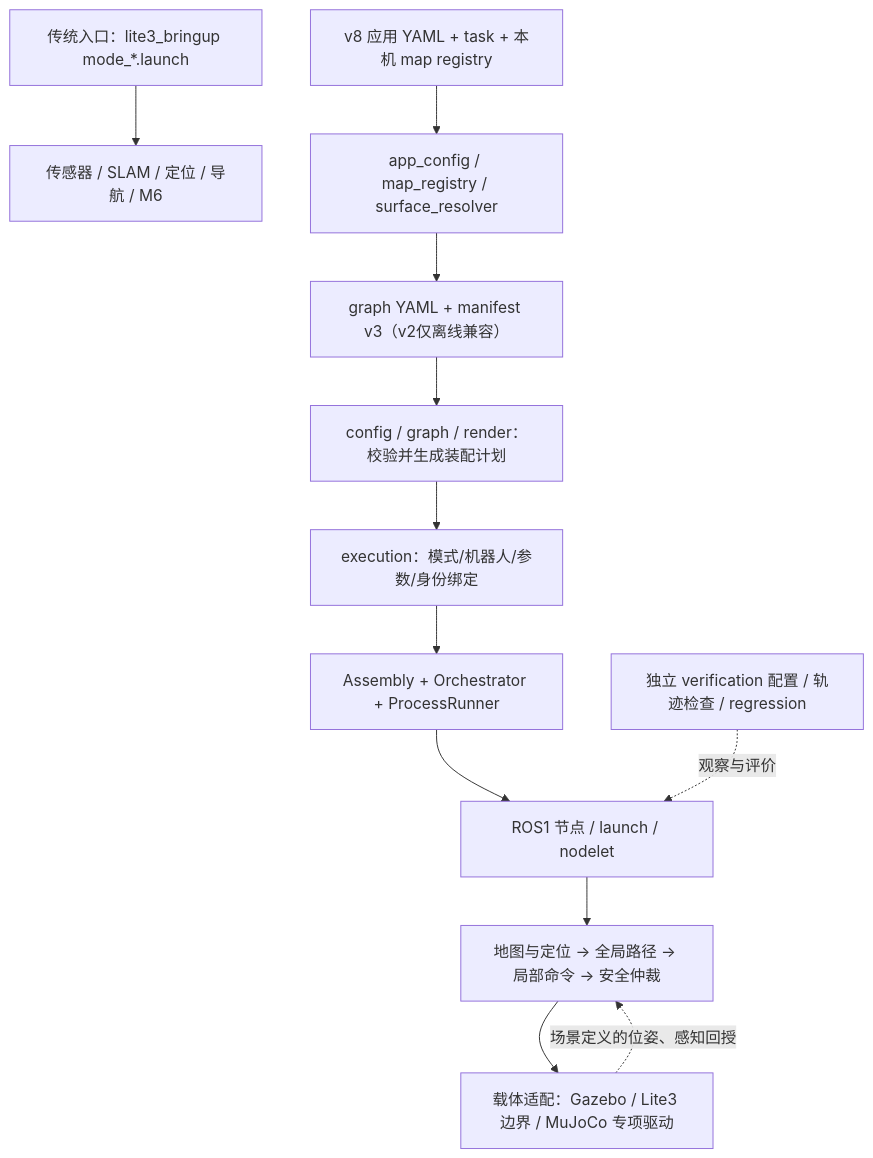
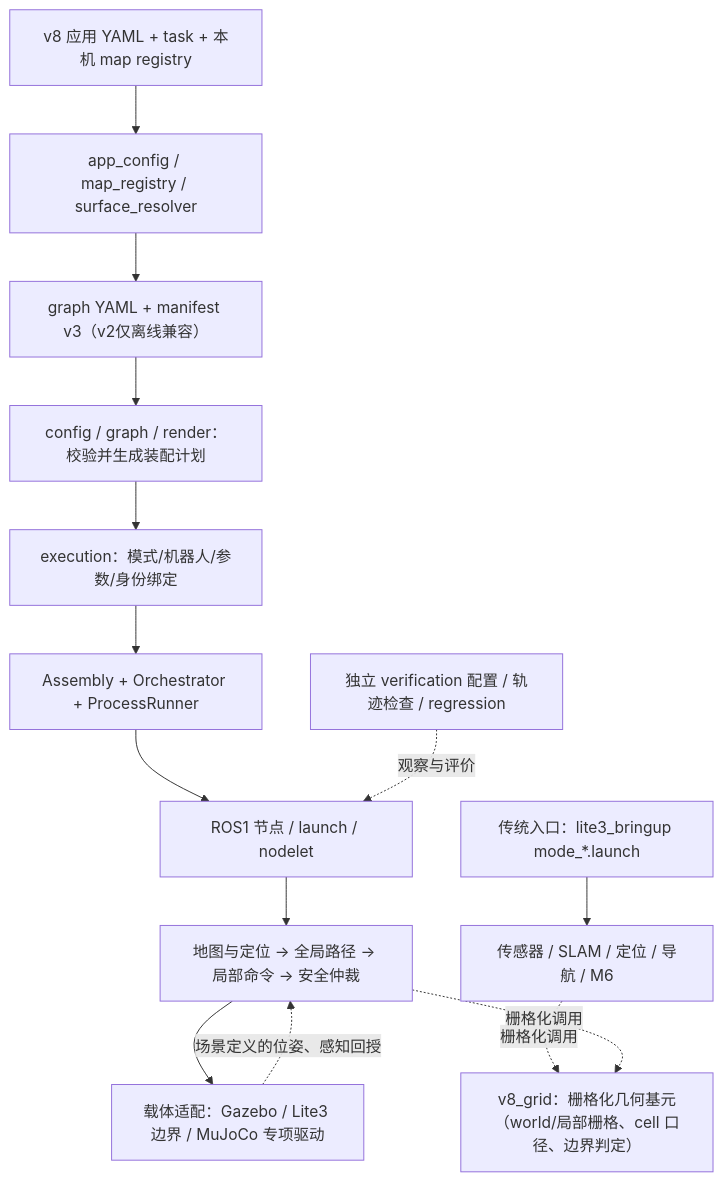
Before and after one commit to javencpdd/ros1-slam: the diagram in note/架构/项目架构与目录.md, drawn with Mermaid. The commit also changed other lines of this file, not shown here.

First line of the commit message:
docs(架构): 架构图与目录补 11-18 的结构变化（v8_grid、测试分层、非 root 容器）

````diff
--- a/note/架构/项目架构与目录.md
+++ b/note/架构/项目架构与目录.md
@@ -9,14 +9,17 @@
 ```mermaid
 flowchart TB
     L["传统入口：lite3_bringup mode_*.launch"] --> B["传感器 / SLAM / 定位 / 导航 / M6"]
     A["v8 应用 YAML + task + 本机 map registry"] --> R["app_config / map_registry / surface_resolver"]
     R --> G["graph YAML + manifest v3（v2仅离线兼容）"]
     G --> P["config / graph / render：校验并生成装配计划"]
     P --> E["execution：模式/机器人/参数/身份绑定"]
     E --> X["Assembly + Orchestrator + ProcessRunner"]
     X --> N["ROS1 节点 / launch / nodelet"]
     N --> D["地图与定位 → 全局路径 → 局部命令 → 安全仲裁"]
     D --> C["载体适配：Gazebo / Lite3 边界 / MuJoCo 专项驱动"]
     C -. "场景定义的位姿、感知回授" .-> D
     V["独立 verification 配置 / 轨迹检查 / regression"] -. "观察与评价" .-> N
+    GB["v8_grid：栅格化几何基元<br/>（world/局部栅格、cell 口径、边界判定）"]
+    B -. "栅格化调用" .-> GB
+    D -. "栅格化调用" .-> GB
 ```
````
